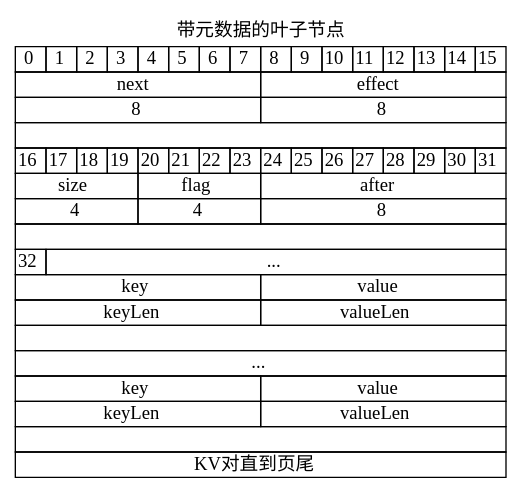
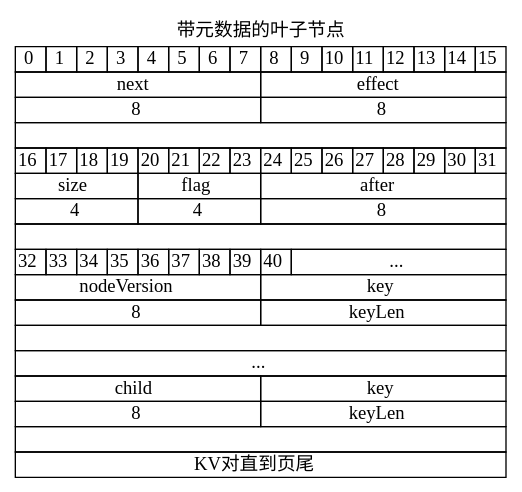
The fifth of 6 diagrams in doc/3-索引存储引擎.md (rectcircle/course-design-DBMS), drawn with Graphviz before and after one commit. The commit also changed other lines of this file and 10 other files, not shown here.

```diff
--- a/doc/3-索引存储引擎.md
+++ b/doc/3-索引存储引擎.md
@@ -660,27 +720,35 @@
     <TR>
       <TD COLSPAN="4">size</TD>
       <TD COLSPAN="4">flag</TD>
-      <TD COLSPAN="16">after</TD>
+      <TD COLSPAN="8">after</TD>
     </TR>
     <TR>
       <TD COLSPAN="4">4</TD>
       <TD COLSPAN="4">4</TD>
-      <TD COLSPAN="16">8</TD>
+      <TD COLSPAN="8">8</TD>
     </TR>
     <TR>
       <TD COLSPAN="16"> </TD>
     </TR>
     <TR>
       <TD>32</TD>
-      <TD COLSPAN="15">...</TD>
+      <TD>33</TD>
+      <TD>34</TD>
+      <TD>35</TD>
+      <TD>36</TD>
+      <TD>37</TD>
+      <TD>38</TD>
+      <TD>39</TD>
+      <TD>40</TD>
+      <TD COLSPAN="7">...</TD>
     </TR>
     <TR>
+      <TD COLSPAN="8">nodeVersion</TD>
       <TD COLSPAN="8">key</TD>
-      <TD COLSPAN="8">value</TD>
     </TR>
     <TR>
+      <TD COLSPAN="8">8</TD>
       <TD COLSPAN="8">keyLen</TD>
-      <TD COLSPAN="8">valueLen</TD>
     </TR>
     <TR>
       <TD COLSPAN="16"> </TD>
@@ -689,12 +757,12 @@
       <TD COLSPAN="16">...</TD>
     </TR>
     <TR>
+      <TD COLSPAN="8">child</TD>
       <TD COLSPAN="8">key</TD>
-      <TD COLSPAN="8">value</TD>
     </TR>
     <TR>
+      <TD COLSPAN="8">8</TD>
       <TD COLSPAN="8">keyLen</TD>
-      <TD COLSPAN="8">valueLen</TD>
     </TR>
     <TR>
       <TD COLSPAN="16"> </TD>
```
